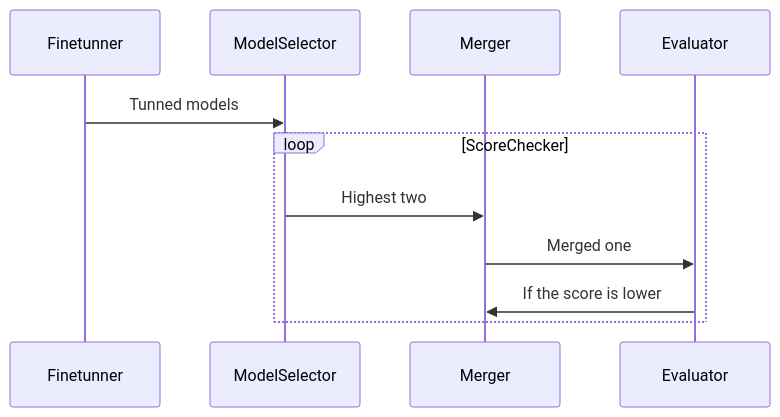
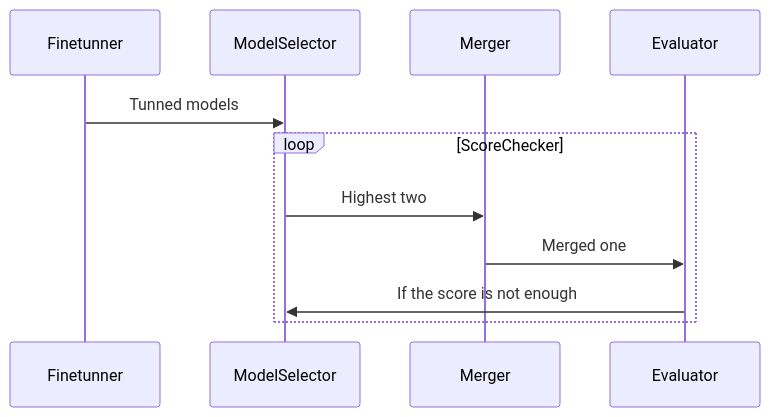
Before and after one commit to javafa/javafa: the diagram in README.md, drawn with Mermaid.

````diff
--- a/README.md
+++ b/README.md
@@ -18,13 +18,13 @@
 ```mermaid
 sequenceDiagram
     participant Finetunner
     participant ModelSelector
     participant Merger
     participant Evaluator
     Finetunner->>ModelSelector: Tunned models
     loop ScoreChecker
         ModelSelector->>Merger: Highest two
         Merger->>Evaluator: Merged one
-        Evaluator->>Merger: If the score is lower
+        Evaluator->>ModelSelector: If the score is not enough
     end
 ```
````
